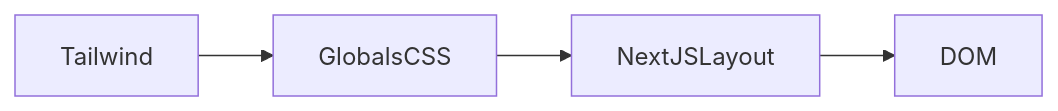
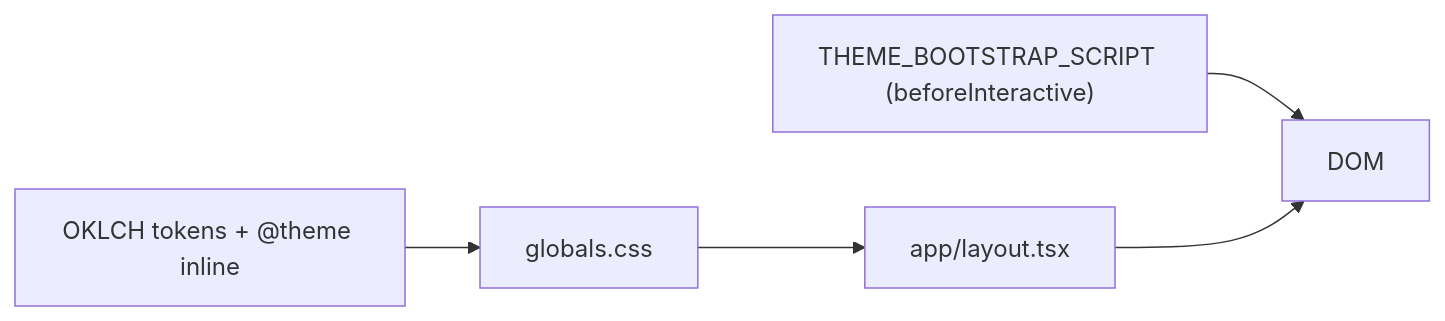
The third of 3 diagrams in docs/05_Frontend_KT.md (Valuedx/ContextEdge), drawn with Mermaid before and after one commit. The commit also changed other lines of this file and 48 other files, not shown here.

````diff
--- a/docs/05_Frontend_KT.md
+++ b/docs/05_Frontend_KT.md
@@ -709,6 +1028,7 @@
 ```mermaid
 graph LR;
-    Tailwind-->GlobalsCSS;
-    GlobalsCSS-->NextJSLayout;
-    NextJSLayout-->DOM;
+    Tokens["OKLCH tokens + @theme inline"]-->GlobalsCSS["globals.css"];
+    ThemeScript["THEME_BOOTSTRAP_SCRIPT (beforeInteractive)"]-->DOM;
+    GlobalsCSS-->RootLayout["app/layout.tsx"];
+    RootLayout-->DOM;
 ```
````
